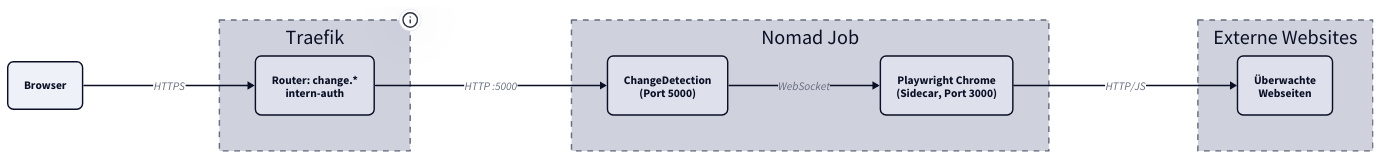
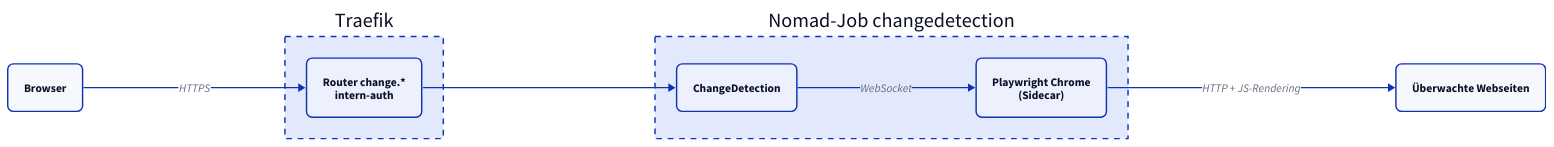
The diagram in docs/changedetection/index.md (derever-labs/homelab-wiki), drawn with D2 before and after one commit. The commit also changed 11 other files, not shown here.

First line of the commit message:
docs(apps): Diagramme fuer TALA ueberarbeiten (Batch B5) (#101)

````diff
--- a/docs/changedetection/index.md
+++ b/docs/changedetection/index.md
@@ -30,44 +30,23 @@
 ```d2
-vars: {
-  d2-config: {
-    theme-id: 1
-    layout-engine: elk
-  }
-}
-
 direction: right
 
-USER: Browser {
-  style.border-radius: 8
-}
+USER: Browser { style.border-radius: 8 }
 
 Traefik: Traefik {
   style.stroke-dash: 4
-  tooltip: 10.0.2.20
-  R1: "Router: change.*\nintern-auth" {
-    style.border-radius: 8
-  }
+  R1: "Router change.*\nintern-auth" { style.border-radius: 8 }
 }
 
-Nomad: Nomad Job {
+Nomad: "Nomad-Job changedetection" {
   style.stroke-dash: 4
-  CD: "ChangeDetection\n(Port 5000)" {
-    style.border-radius: 8
-  }
-  PW: "Playwright Chrome\n(Sidecar, Port 3000)" {
-    style.border-radius: 8
-  }
+  CD: ChangeDetection { style.border-radius: 8 }
+  PW: "Playwright Chrome\n(Sidecar)" { style.border-radius: 8 }
 }
 
-External: Externe Websites {
-  style.stroke-dash: 4
-  WEB: "Überwachte\nWebseiten" {
-    style.border-radius: 8
-  }
-}
+WEB: "Überwachte Webseiten" { style.border-radius: 8 }
 
 USER -> Traefik.R1: HTTPS
-Traefik.R1 -> Nomad.CD: HTTP :5000
+Traefik.R1 -> Nomad.CD
 Nomad.CD -> Nomad.PW: WebSocket
-Nomad.PW -> External.WEB: HTTP/JS
+Nomad.PW -> WEB: "HTTP + JS-Rendering"
 ```
````
